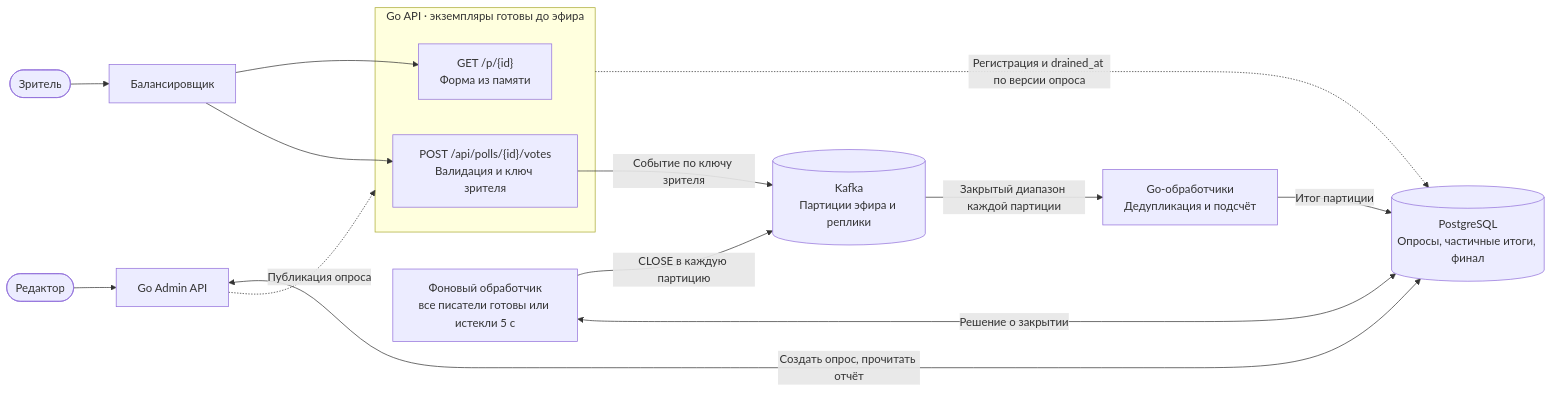
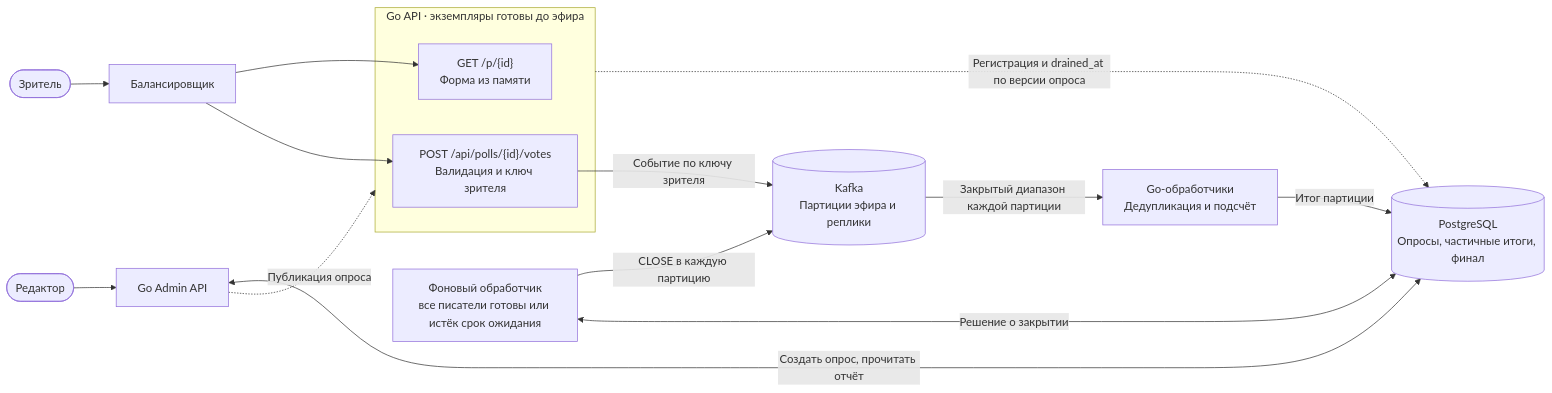
The diagram in DESIGN.md (rococo4/televote), drawn with Mermaid before and after one commit. The commit also changed other lines of this file and 14 other files, not shown here.

````diff
--- a/DESIGN.md
+++ b/DESIGN.md
@@ -28,20 +28,20 @@
 ```mermaid
 flowchart LR
     viewer(["Зритель"]) --> lb["Балансировщик"]
     subgraph api["Go API · экземпляры готовы до эфира"]
         get["GET /p/{id}<br/>Форма из памяти"]
         post["POST /api/polls/{id}/votes<br/>Валидация и ключ зрителя"]
     end
     lb --> get
     lb --> post
     post -->|"Событие по ключу зрителя"| log[("Kafka<br/>Партиции эфира и реплики")]
     log -->|"Закрытый диапазон каждой партиции"| workers["Go-обработчики<br/>Дедупликация и подсчёт"]
     workers -->|"Итог партиции"| sql[("PostgreSQL<br/>Опросы, частичные итоги, финал")]
     editor(["Редактор"]) --> admin["Go Admin API"]
     admin <-->|"Создать опрос, прочитать отчёт"| sql
     admin -.->|"Публикация опроса"| api
     api -.->|"Регистрация и drained_at по версии опроса"| sql
-    close["Фоновый обработчик<br/>все писатели готовы или истекли 5 с"]
+    close["Фоновый обработчик<br/>все писатели готовы или истёк срок ожидания"]
     close -->|"CLOSE в каждую партицию"| log
     close <-->|"Решение о закрытии"| sql
 ```
````
